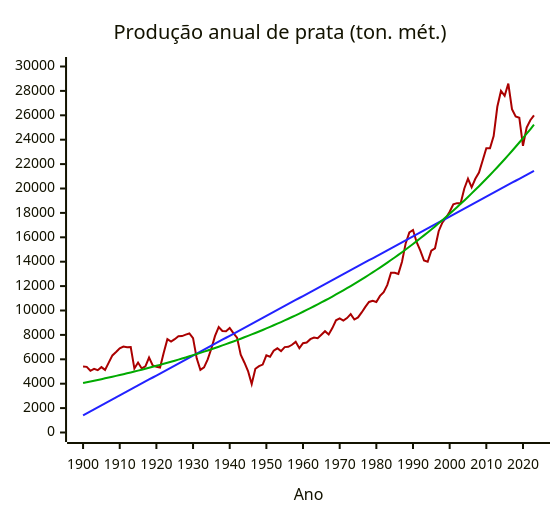
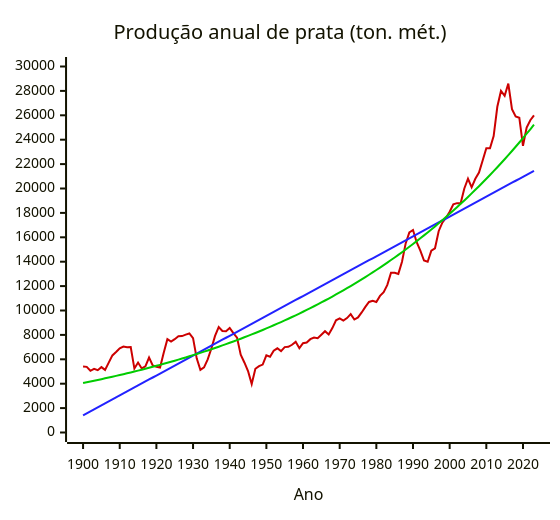
The third of 3 diagrams in src/posts/2025/03/metodo-dos-minimos-quadrados-com-programacao-funcional.md (alexandrehtrb/alexandrehtrb.github.io), drawn with Mermaid before and after one commit. The commit also changed other lines of this file and 1 other file, not shown here.

````diff
--- a/src/posts/2025/03/metodo-dos-minimos-quadrados-com-programacao-funcional.md
+++ b/src/posts/2025/03/metodo-dos-minimos-quadrados-com-programacao-funcional.md
@@ -255,21 +255,21 @@
 ```mermaid
 ---
 config:
     xyChart:
         width: 540
     themeVariables:
         xyChart:
             backgroundColor: "#00000000"
-            plotColorPalette: "#AA0000, #2222FF, #00AA00"
+            plotColorPalette: "#CC0000, #2222FF, #00CC00"
 ---
 xychart-beta
     title "Produção anual de prata (ton. mét.)"
     x-axis "Ano" 1900 --> 2023
     y-axis 0 --> 30000
     line [ 5400, 5380, 5060, 5220, 5110, 5360, 5130, 5730, 6320, 6600, 6900, 7040, 6980, 7010, 5240, 5730, 5250, 5420, 6140, 5490, 5390, 5330, 6530, 7650, 7450, 7650, 7890, 7900, 8020, 8120, 7740, 6080, 5130, 5340, 5990, 6890, 7920, 8640, 8320, 8300, 8570, 8140, 7780, 6380, 5740, 5040, 3970, 5220, 5440, 5570, 6320, 6210, 6700, 6900, 6670, 7000, 7020, 7190, 7430, 6910, 7320, 7370, 7650, 7780, 7730, 8010, 8300, 8030, 8560, 9200, 9360, 9170, 9380, 9700, 9260, 9430, 9840, 10300, 10700, 10800, 10700, 11200, 11500, 12100, 13100, 13100, 13000, 14000, 15500, 16400, 16600, 15600, 14900, 14100, 14000, 14900, 15100, 16500, 17200, 17600, 18100, 18700, 18800, 18800, 20000, 20800, 20100, 20800, 21300, 22300, 23300, 23300, 24300, 26700, 28000, 27600, 28600, 26500, 25900, 25800, 23500, 25000, 25600, 26000 ]
 	line [ 1413.484, 1576.381, 1739.278, 1902.175, 2065.072, 2227.969, 2390.866, 2553.763, 2716.66, 2879.557, 3042.454, 3205.351, 3368.248, 3531.145, 3694.042, 3856.939, 4019.836, 4182.733, 4345.63, 4508.527, 4671.424, 4834.321, 4997.218, 5160.115, 5323.012, 5485.909, 5648.806, 5811.703, 5974.6, 6137.497, 6300.394, 6463.291, 6626.188, 6789.085, 6951.982, 7114.879, 7277.776, 7440.673, 7603.57, 7766.467, 7929.364, 8092.261, 8255.158, 8418.055, 8580.952, 8743.849, 8906.746, 9069.643, 9232.54, 9395.437, 9558.334, 9721.231, 9884.128, 10047.025, 10209.922, 10372.819, 10535.716, 10698.613, 10861.51, 11024.407, 11187.304, 11350.201, 11513.098, 11675.995, 11838.892, 12001.789, 12164.686, 12327.583, 12490.48, 12653.377, 12816.274, 12979.171, 13142.068, 13304.965, 13467.862, 13630.759, 13793.656, 13956.553, 14119.45, 14282.347, 14445.244, 14608.141, 14771.038, 14933.935, 15096.832, 15259.729, 15422.626, 15585.523, 15748.42, 15911.317, 16074.214, 16237.111, 16400.008, 16562.905, 16725.802, 16888.699, 17051.596, 17214.493, 17377.39, 17540.287, 17703.184, 17866.081, 18028.978, 18191.875, 18354.772, 18517.669, 18680.566, 18843.463, 19006.36, 19169.257, 19332.154, 19495.051, 19657.948, 19820.845, 19983.742, 20146.639, 20309.536, 20472.433, 20635.33, 20798.227, 20961.124, 21124.021, 21286.918, 21449.815 ]
 	line [ 4059.94, 4120.69, 4182.34, 4244.92, 4308.44, 4372.90, 4438.33, 4504.74, 4572.14, 4640.55, 4709.99, 4780.46, 4851.99, 4924.58, 4998.27, 5073.06, 5148.96, 5226.00, 5304.20, 5383.56, 5464.11, 5545.87, 5628.85, 5713.07, 5798.55, 5885.31, 5973.37, 6062.75, 6153.46, 6245.53, 6338.98, 6433.83, 6530.10, 6627.80, 6726.97, 6827.62, 6929.78, 7033.47, 7138.71, 7245.52, 7353.93, 7463.96, 7575.64, 7689.00, 7804.04, 7920.81, 8039.32, 8159.61, 8281.70, 8405.62, 8531.39, 8659.04, 8788.60, 8920.10, 9053.56, 9189.03, 9326.52, 9466.07, 9607.70, 9751.46, 9897.36, 10045.45, 10195.76, 10348.31, 10503.15, 10660.30, 10819.81, 10981.70, 11146.01, 11312.78, 11482.05, 11653.85, 11828.22, 12005.20, 12184.83, 12367.15, 12552.19, 12740.00, 12930.62, 13124.10, 13320.47, 13519.78, 13722.07, 13927.38, 14135.77, 14347.28, 14561.95, 14779.83, 15000.97, 15225.43, 15453.24, 15684.46, 15919.13, 16157.32, 16399.08, 16644.45, 16893.49, 17146.26, 17402.81, 17663.20, 17927.49, 18195.73, 18467.98, 18744.31, 19024.77, 19309.43, 19598.34, 19891.58, 20189.21, 20491.29, 20797.89, 21109.08, 21424.93, 21745.50, 22070.86, 22401.10, 22736.28, 23076.47, 23421.75, 23772.20, 24127.89, 24488.90, 24855.32, 25227.21 ]
 	%% linear: 162,897 * ano - 308090,816
 	%% exponencial: =(0,000000002257)*e^(ano*0,01485166)
 
 ```
````
